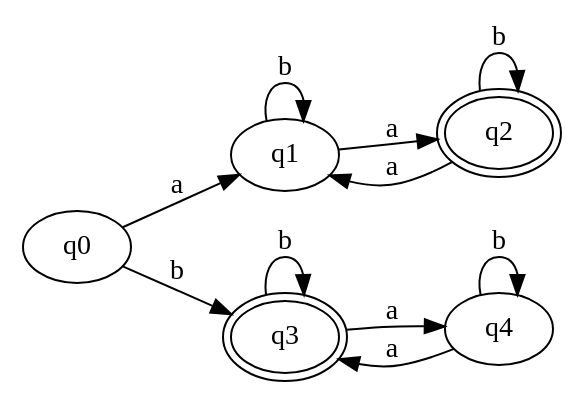
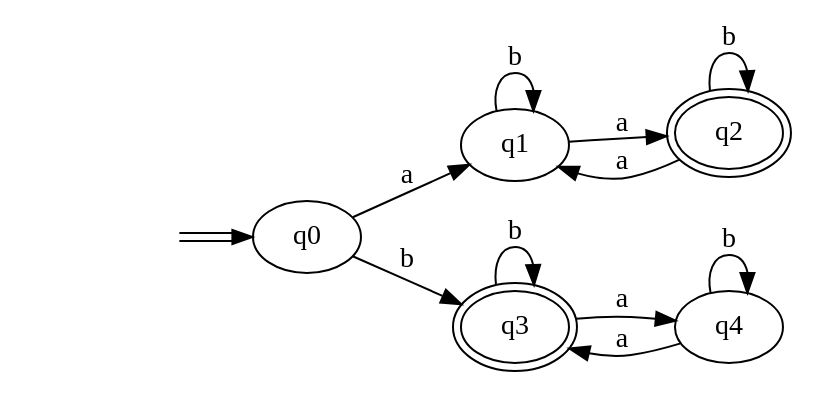
One commit to Christopher-Caroni/L3INFO changed the diagram in TDM5/ael/automate-test-original.dot. Above: the diagram before and after it, drawn with Graphviz. The commit also changed 6 other files, not shown here.

```diff
--- a/TDM5/ael/automate-test-original.dot
+++ b/TDM5/ael/automate-test-original.dot
@@ -1,13 +1,15 @@
 digraph Automaton { 
   rankdir = LR
-  0 [label="q0"];  1 [label="q1"];  2 [label="q2",peripheries=2];  3 [label="q3",peripheries=2];  4 [label="q4"];  0 -> 1 [label = "a" ]
+  0 [label="q0"];  1 [label="q1"];  2 [label="q2",peripheries=2];  3 [label="q3",peripheries=2];  4 [label="q4"];  start0 [style=invis]
+  start0 -> 0[color="black:white:black"]
+  0 -> 1 [label = "a" ]
   0 -> 3 [label = "b" ]
   1 -> 2 [label = "a" ]
   1 -> 1 [label = "b" ]
   2 -> 1 [label = "a" ]
   2 -> 2 [label = "b" ]
   3 -> 4 [label = "a" ]
   3 -> 3 [label = "b" ]
   4 -> 3 [label = "a" ]
   4 -> 4 [label = "b" ]
 }
```
